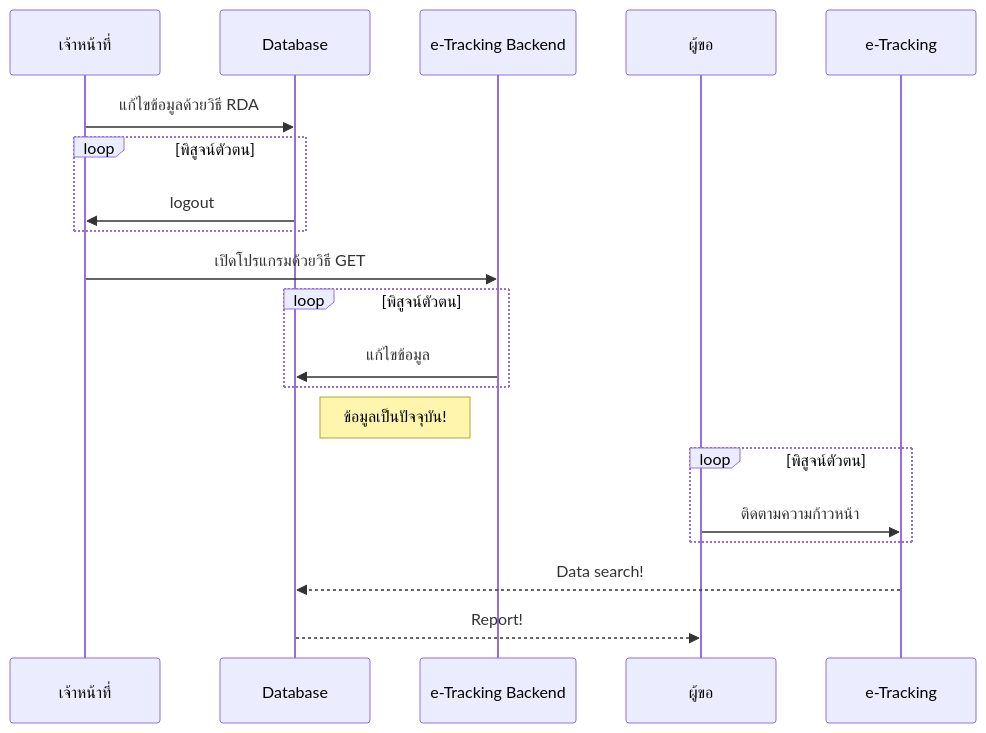
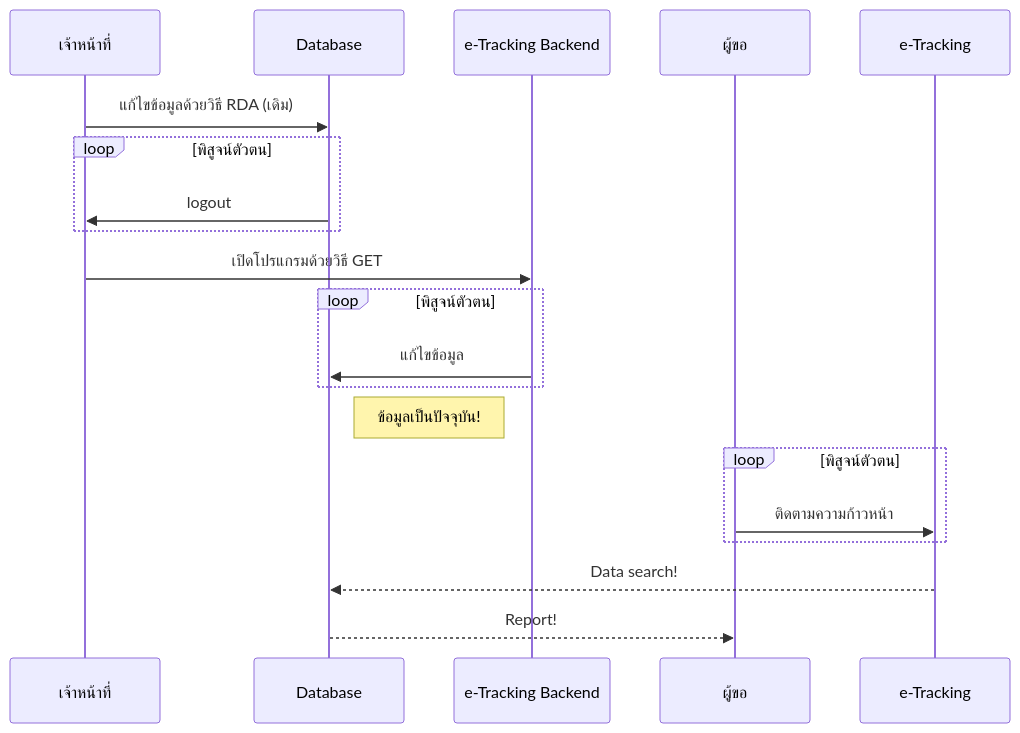
One commit to Kietpawpan/e-tracking changed the second of 2 diagrams in README.md. Above: the diagram before and after it, drawn with Mermaid.

````diff
--- a/README.md
+++ b/README.md
@@ -28,17 +28,17 @@
 ```mermaid
 sequenceDiagram
-เจ้าหน้าที่->>Database: แก้ไขข้อมูลด้วยวิธี RDA
+เจ้าหน้าที่->>Database: แก้ไขข้อมูลด้วยวิธี RDA (เดิม)
 loop พิสูจน์ตัวตน
 Database->>เจ้าหน้าที่: logout
 end
 เจ้าหน้าที่->>e-Tracking Backend: เปิดโปรแกรมด้วยวิธี GET
 loop พิสูจน์ตัวตน
     e-Tracking Backend->>Database: แก้ไขข้อมูล
 end
 Note right of Database: ข้อมูลเป็นปัจจุบัน!
 loop พิสูจน์ตัวตน
 ผู้ขอ->>e-Tracking: ติดตามความก้าวหน้า
 end
 e-Tracking-->>Database: Data search!
 Database-->>ผู้ขอ: Report!
 ```
````
